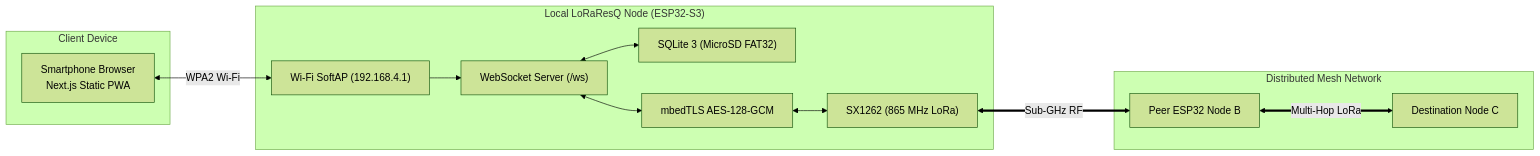
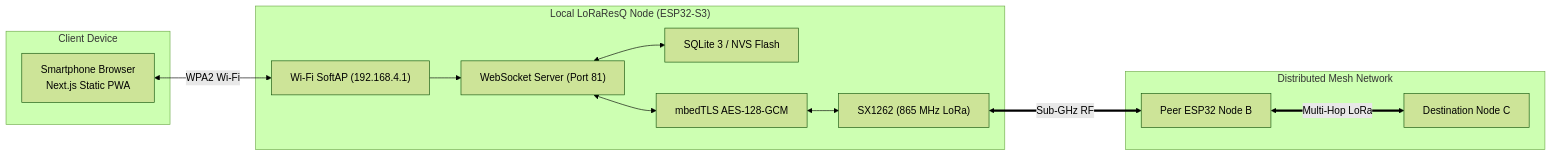
Before and after one commit to The-Usual-Idiots/LoRaResQ: the diagram in README.md, drawn with Mermaid (forest theme). The commit also changed other lines of this file and 24 other files, not shown here.

````diff
--- a/README.md
+++ b/README.md
@@ -72,27 +76,27 @@
 ```mermaid
 flowchart LR
     subgraph Client ["Client Device"]
         Browser["Smartphone Browser<br>Next.js Static PWA"]
     end
 
     subgraph Node ["Local LoRaResQ Node (ESP32-S3)"]
         AP["Wi-Fi SoftAP (192.168.4.1)"]
-        WS["WebSocket Server (/ws)"]
-        SQL["SQLite 3 (MicroSD FAT32)"]
+        WS["WebSocket Server (Port 81)"]
+        SQL["SQLite 3 / NVS Flash"]
         CRYPTO["mbedTLS AES-128-GCM"]
         RADIO["SX1262 (865 MHz LoRa)"]
     end
 
     subgraph RemoteMesh ["Distributed Mesh Network"]
         PeerNode["Peer ESP32 Node B"]
         EndNode["Destination Node C"]
     end
 
     Browser <-->|WPA2 Wi-Fi| AP
     AP --> WS
     WS <--> SQL
     WS <--> CRYPTO
     CRYPTO <--> RADIO
     RADIO <===>|Sub-GHz RF| PeerNode
     PeerNode <===>|Multi-Hop LoRa| EndNode
 ```
````
